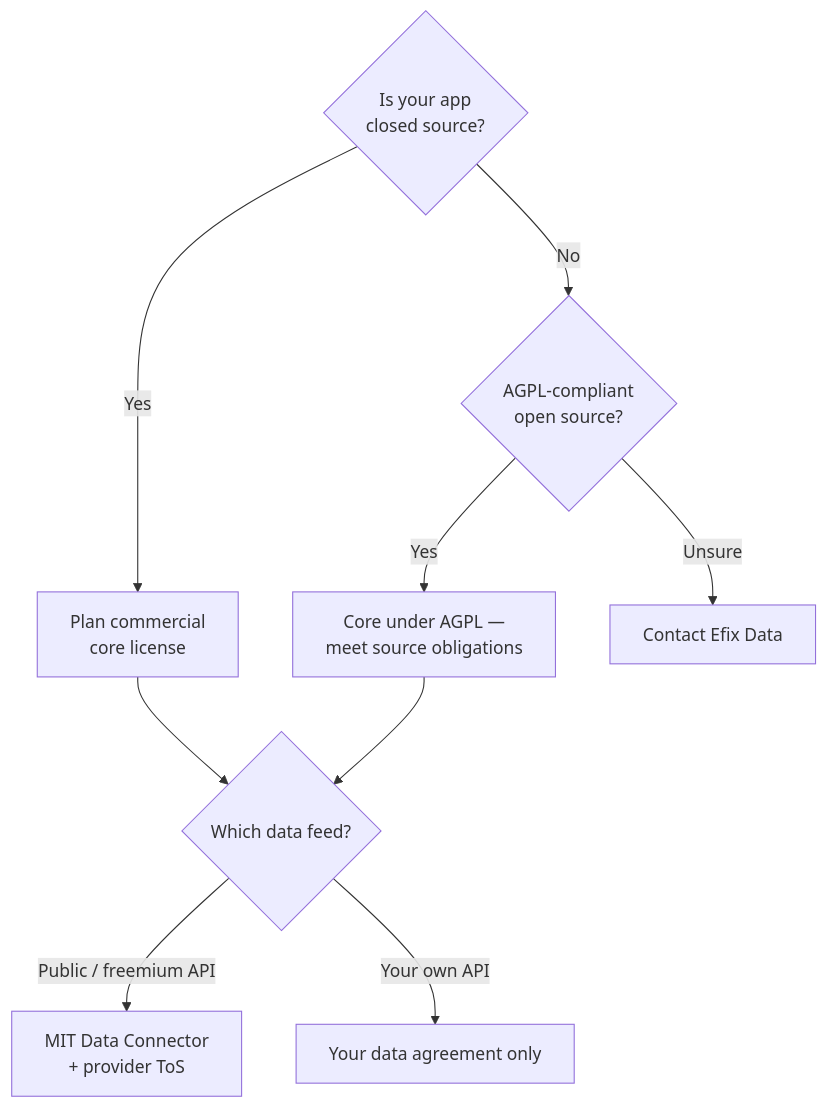
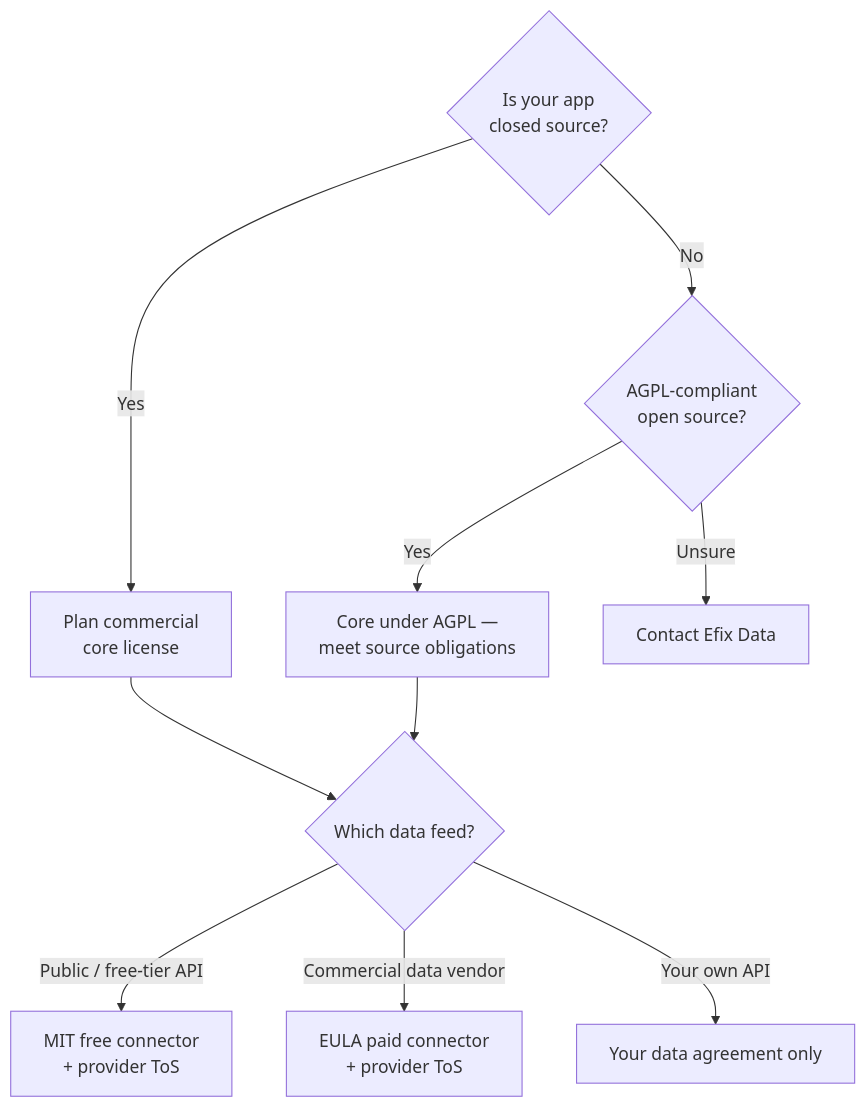
Before and after one commit to Efixdata/exeria-charts: the diagram in apps/docs/docs/guides/licensing.mdx, drawn with Mermaid. The commit also changed other lines of this file and 348 other files, not shown here.

````diff
--- a/apps/docs/docs/guides/licensing.mdx
+++ b/apps/docs/docs/guides/licensing.mdx
@@ -112,15 +111,16 @@
 ```mermaid
 flowchart TD
   Q1{"Is your app\nclosed source?"}
   Q2{"AGPL-compliant\nopen source?"}
   Q3{"Which data feed?"}
 
   Q1 -->|Yes| Commercial["Plan commercial\ncore license"]
   Q1 -->|No| Q2
   Q2 -->|Yes| CoreFree["Core under AGPL —\nmeet source obligations"]
   Q2 -->|Unsure| Contact["Contact Efix Data"]
   Commercial --> Q3
   CoreFree --> Q3
-  Q3 -->|Public / freemium API| MIT["MIT Data Connector\n+ provider ToS"]
+  Q3 -->|Public / free-tier API| MIT["MIT free connector\n+ provider ToS"]
+  Q3 -->|Commercial data vendor| EULA["EULA paid connector\n+ provider ToS"]
   Q3 -->|Your own API| Own["Your data agreement only"]
 ```
````
